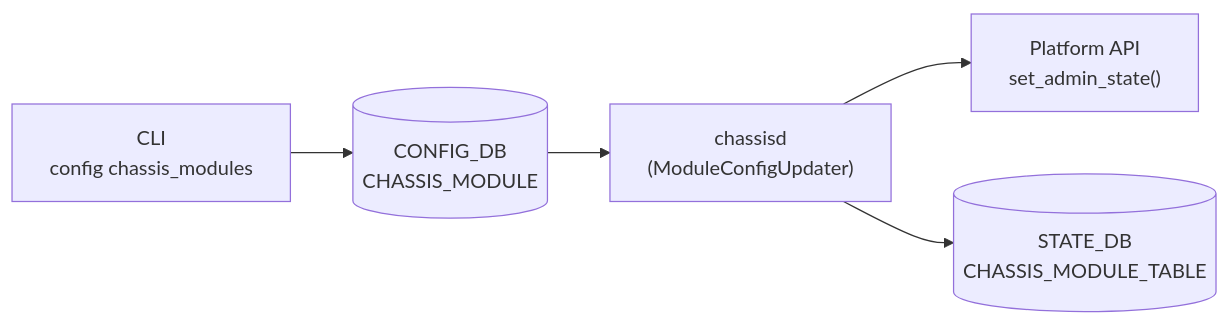
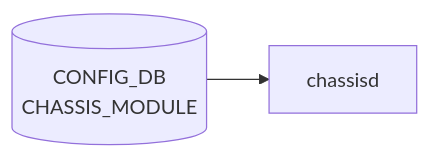
Before and after one commit to aoki-taquan/sonic-unofficial-docs: the diagram in docs/reference/config-db/chassis-module.md, drawn with Mermaid. The commit also changed other lines of this file and 359 other files, not shown here.

````diff
--- a/docs/reference/config-db/chassis-module.md
+++ b/docs/reference/config-db/chassis-module.md
@@ -39,13 +39,6 @@
 ```mermaid
 flowchart LR
-  CLI["CLI\nconfig chassis_modules"]
-  CDB[("CONFIG_DB\nCHASSIS_MODULE")]
-  CHASSISD["chassisd\n(ModuleConfigUpdater)"]
-  PAL["Platform API\nset_admin_state()"]
-  STDB[("STATE_DB\nCHASSIS_MODULE_TABLE")]
-
-  CLI --> CDB
-  CDB --> CHASSISD
-  CHASSISD --> PAL
-  CHASSISD --> STDB
+  CDB[("CONFIG_DB<br/>CHASSIS_MODULE")]
+  DM["chassisd"]
+  CDB --> DM
 ```
````
